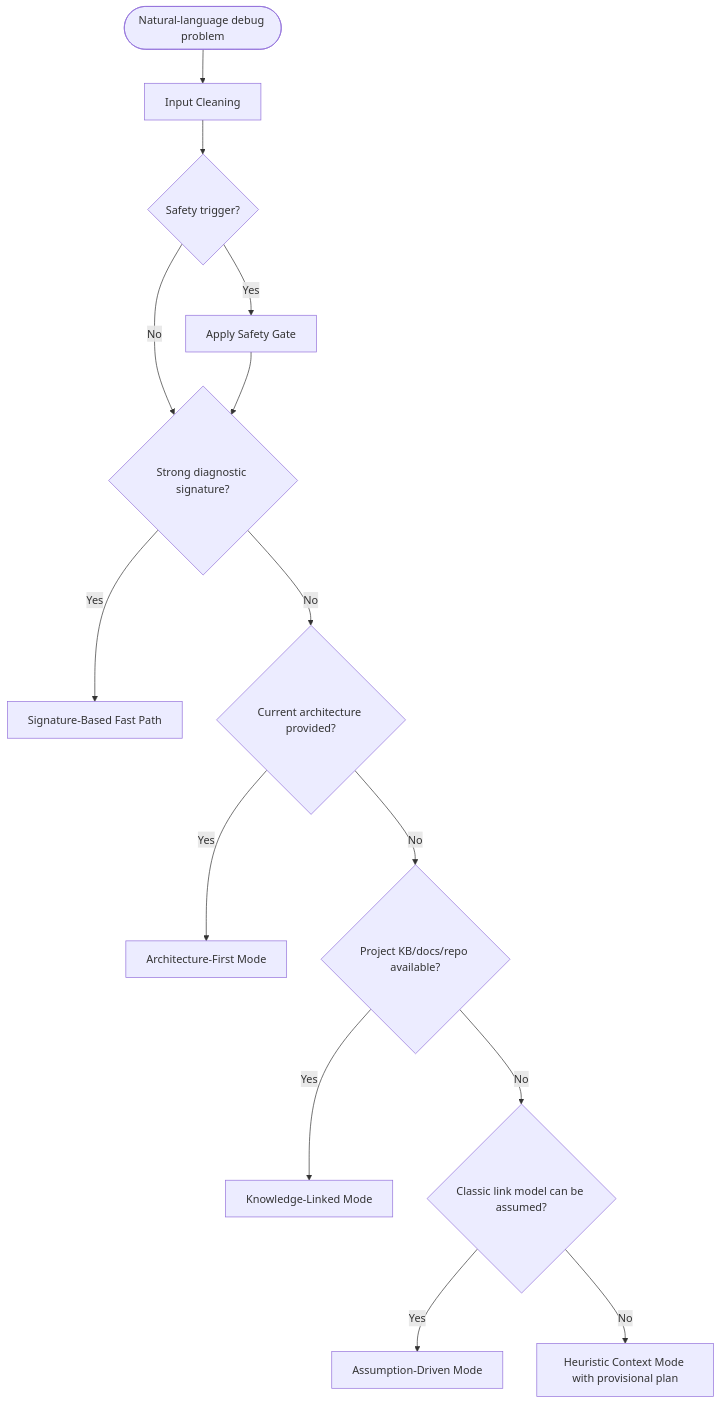
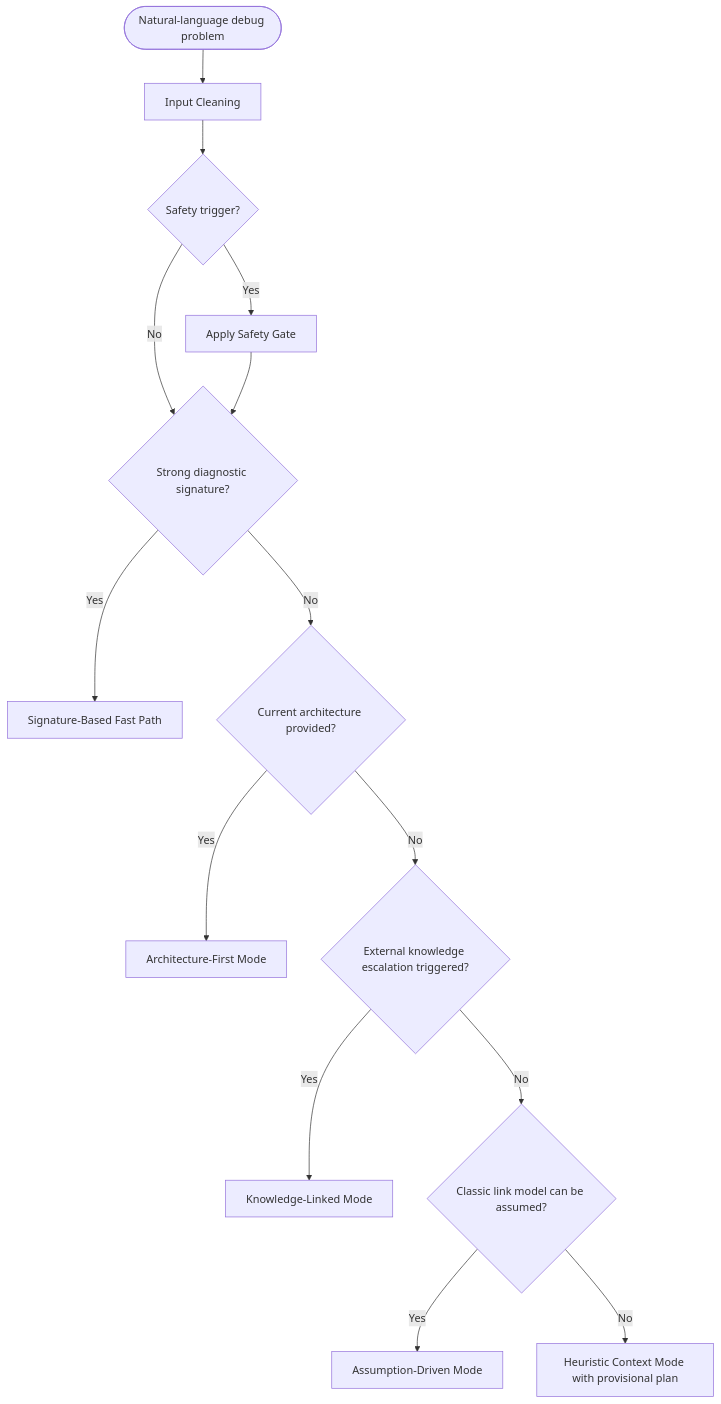
Before and after one commit to joyhpc/DebugTool: the diagram in routing/mode_router.md, drawn with Mermaid. The commit also changed other lines of this file and 24 other files, not shown here.

````diff
--- a/routing/mode_router.md
+++ b/routing/mode_router.md
@@ -5,16 +5,16 @@
 ```mermaid
 flowchart TD
 S([Natural-language debug problem]) --> C0[Input Cleaning]
 C0 --> D0{Safety trigger?}
 D0 -- Yes --> A0[Apply Safety Gate]
 D0 -- No --> D1{Strong diagnostic signature?}
 A0 --> D1
 D1 -- Yes --> M1[Signature-Based Fast Path]
 D1 -- No --> D2{Current architecture provided?}
 D2 -- Yes --> M2[Architecture-First Mode]
-D2 -- No --> D3{Project KB/docs/repo available?}
+D2 -- No --> D3{External knowledge escalation triggered?}
 D3 -- Yes --> M3[Knowledge-Linked Mode]
 D3 -- No --> D4{Classic link model can be assumed?}
 D4 -- Yes --> M4[Assumption-Driven Mode]
 D4 -- No --> M5[Heuristic Context Mode with provisional plan]
 ```
````
